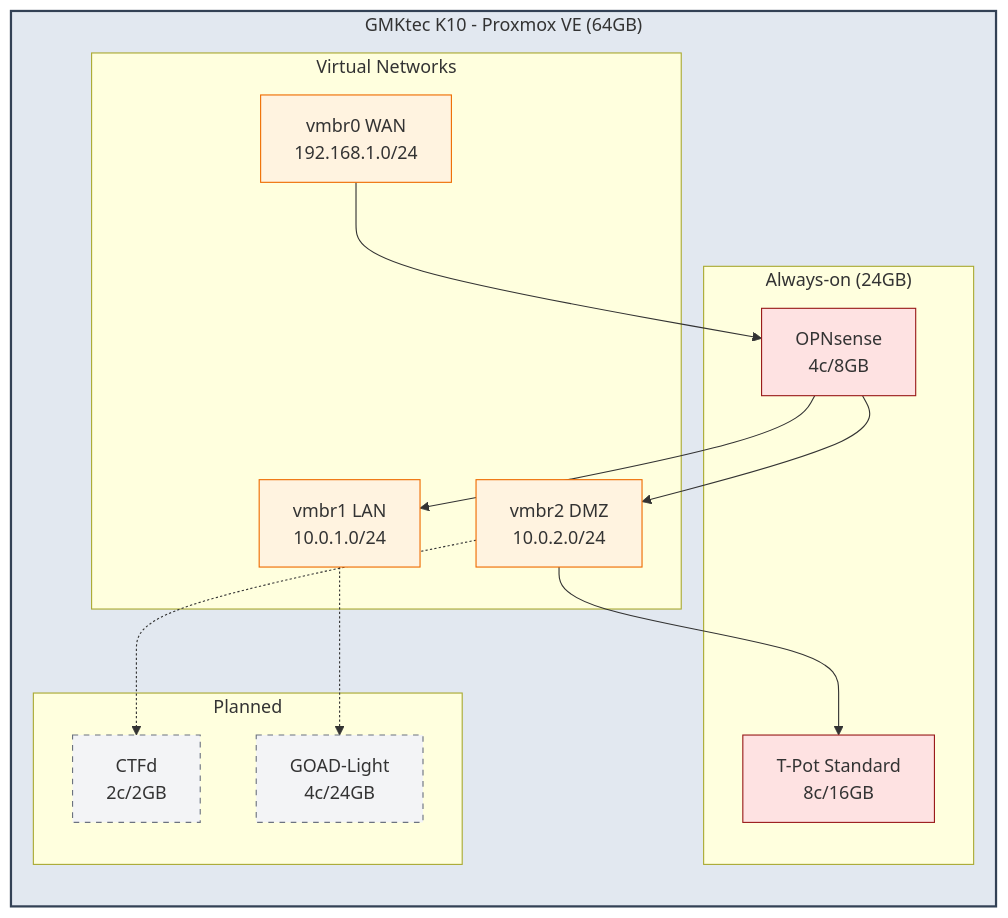
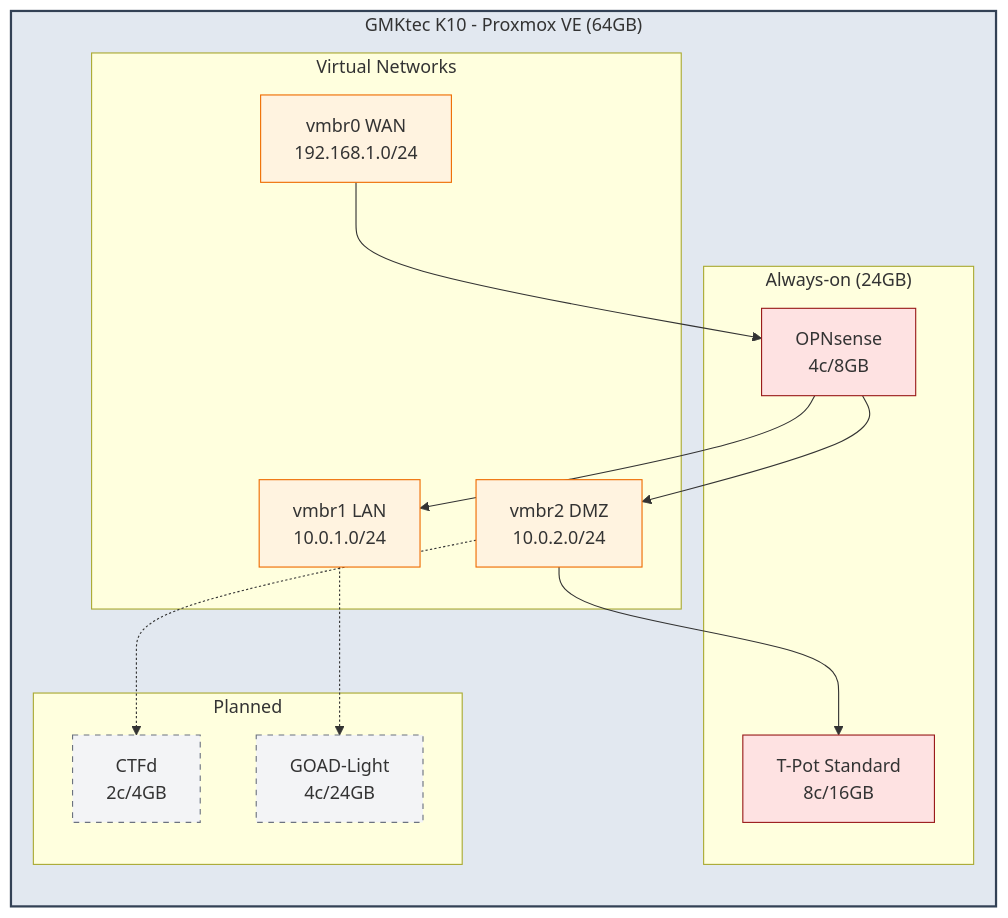
The diagram in README.md (yamisskey-dev/yamisskey-terraform), drawn with Mermaid before and after one commit. The commit also changed other lines of this file and 1 other file, not shown here.

First line of the commit message:
Increase CTFd VM resources for full stack

````diff
--- a/README.md
+++ b/README.md
@@ -36,36 +36,36 @@
 ```mermaid
 graph TB
     classDef host fill:#e2e8f0,stroke:#334155,stroke-width:2px
     classDef net fill:#fff3e0,stroke:#ef6c00
     classDef sec fill:#fee2e2,stroke:#991b1b
     classDef ctf fill:#fef3c7,stroke:#d97706
     classDef planned fill:#f3f4f6,stroke:#6b7280,stroke-dasharray: 5 5
 
     subgraph proxmox["GMKtec K10 - Proxmox VE (64GB)"]
         direction TB
 
         subgraph networks[Virtual Networks]
             vmbr0[vmbr0 WAN<br/>192.168.1.0/24]:::net
             vmbr1[vmbr1 LAN<br/>10.0.1.0/24]:::net
             vmbr2[vmbr2 DMZ<br/>10.0.2.0/24]:::net
         end
 
         subgraph always["Always-on (24GB)"]
             opnsense[OPNsense<br/>4c/8GB]:::sec
             tpot[T-Pot Standard<br/>8c/16GB]:::sec
         end
 
         subgraph planned["Planned"]
-            ctfd[CTFd<br/>2c/2GB]:::planned
+            ctfd[CTFd<br/>2c/4GB]:::planned
             goad[GOAD-Light<br/>4c/24GB]:::planned
         end
     end
 
     vmbr0 --> opnsense
     opnsense --> vmbr1 & vmbr2
     vmbr1 -.-> goad
     vmbr2 --> tpot
     vmbr2 -.-> ctfd
 
     class proxmox host
 ```
````
